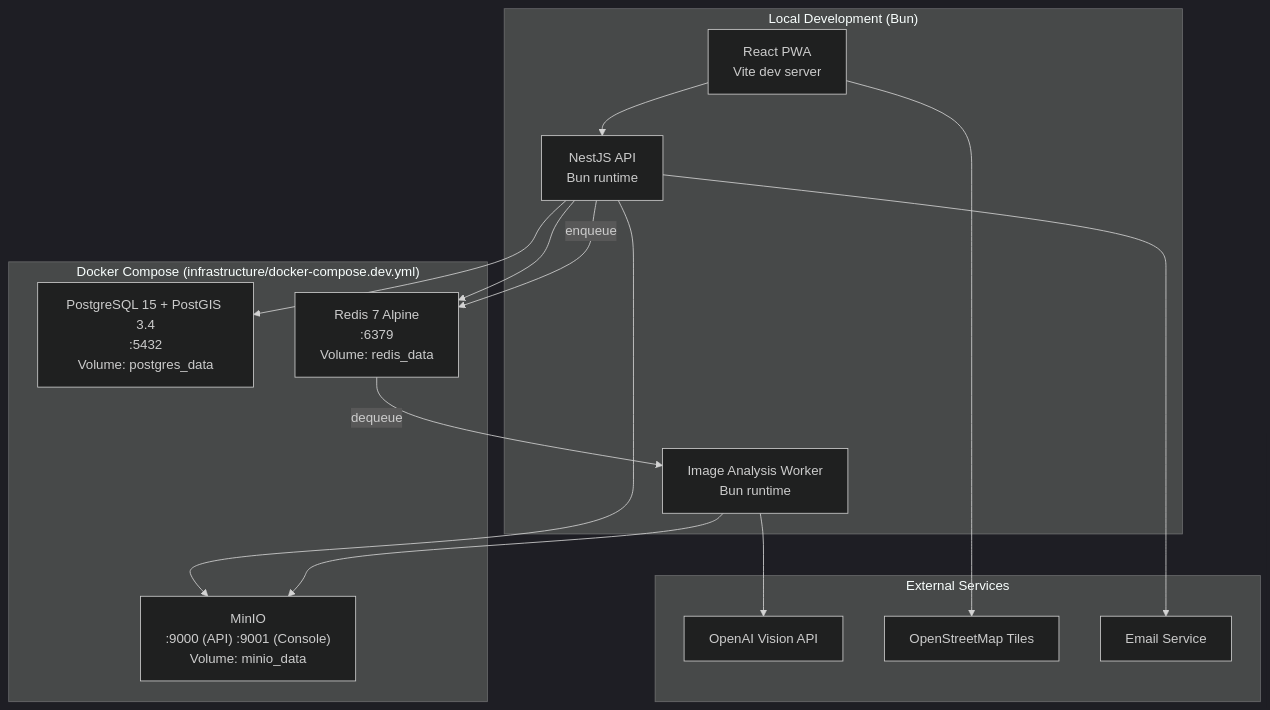
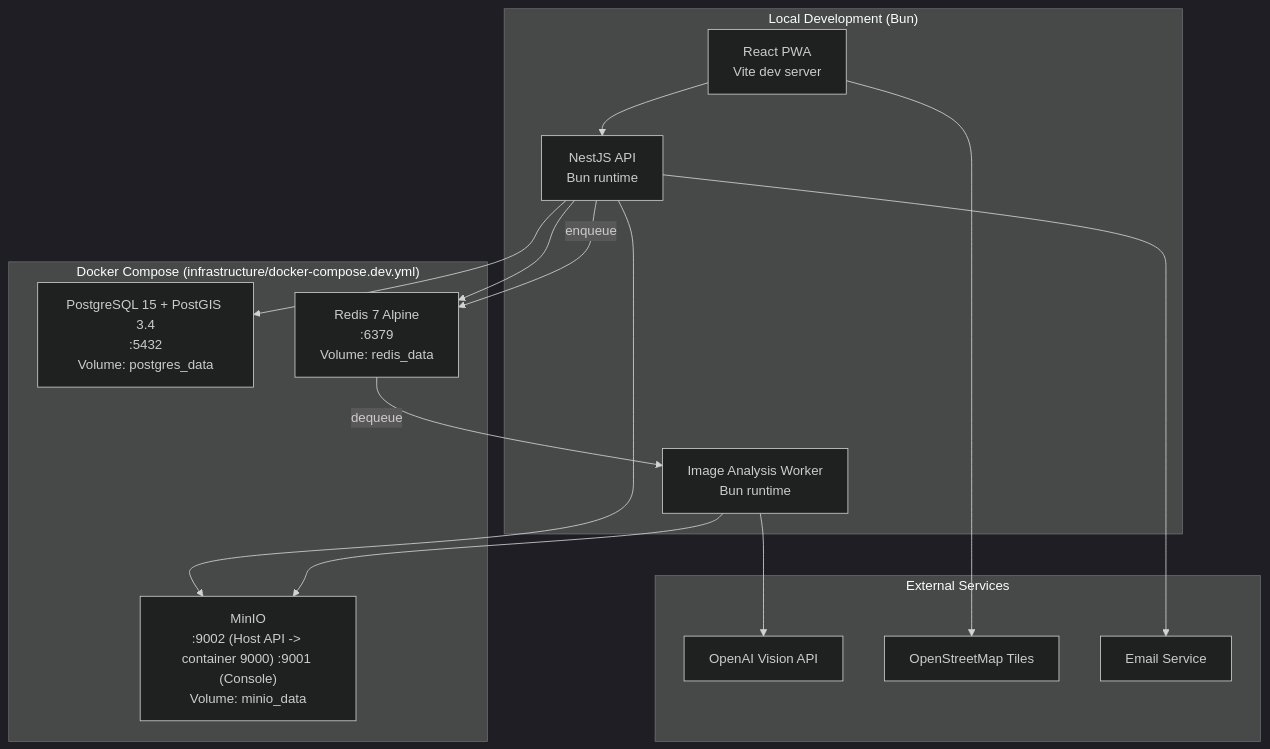
Before and after one commit to cleancentive/cleancentive: the diagram in docs/architecture/deployment.md, drawn with Mermaid (dark theme). The commit also changed other lines of this file and 32 other files, not shown here.

````diff
--- a/docs/architecture/deployment.md
+++ b/docs/architecture/deployment.md
@@ -7,31 +7,31 @@
 ```mermaid
 graph TD
     subgraph Local["Local Development (Bun)"]
         PWA["React PWA<br/>Vite dev server"]
         API["NestJS API<br/>Bun runtime"]
         Worker["Image Analysis Worker<br/>Bun runtime"]
     end
 
     subgraph Docker["Docker Compose (infrastructure/docker-compose.dev.yml)"]
         DB["PostgreSQL 15 + PostGIS 3.4<br/>:5432<br/>Volume: postgres_data"]
         Redis["Redis 7 Alpine<br/>:6379<br/>Volume: redis_data"]
-        MinIO["MinIO<br/>:9000 (API) :9001 (Console)<br/>Volume: minio_data"]
+        MinIO["MinIO<br/>:9002 (Host API -> container 9000) :9001 (Console)<br/>Volume: minio_data"]
     end
 
     subgraph External["External Services"]
         OpenAI["OpenAI Vision API"]
         OSM["OpenStreetMap Tiles"]
         EmailProvider["Email Service"]
     end
 
     PWA --> API
     PWA --> OSM
     API --> DB
     API --> Redis
     API --> MinIO
     API --> EmailProvider
     API -->|enqueue| Redis
     Redis -->|dequeue| Worker
     Worker --> OpenAI
     Worker --> MinIO
 ```
````
